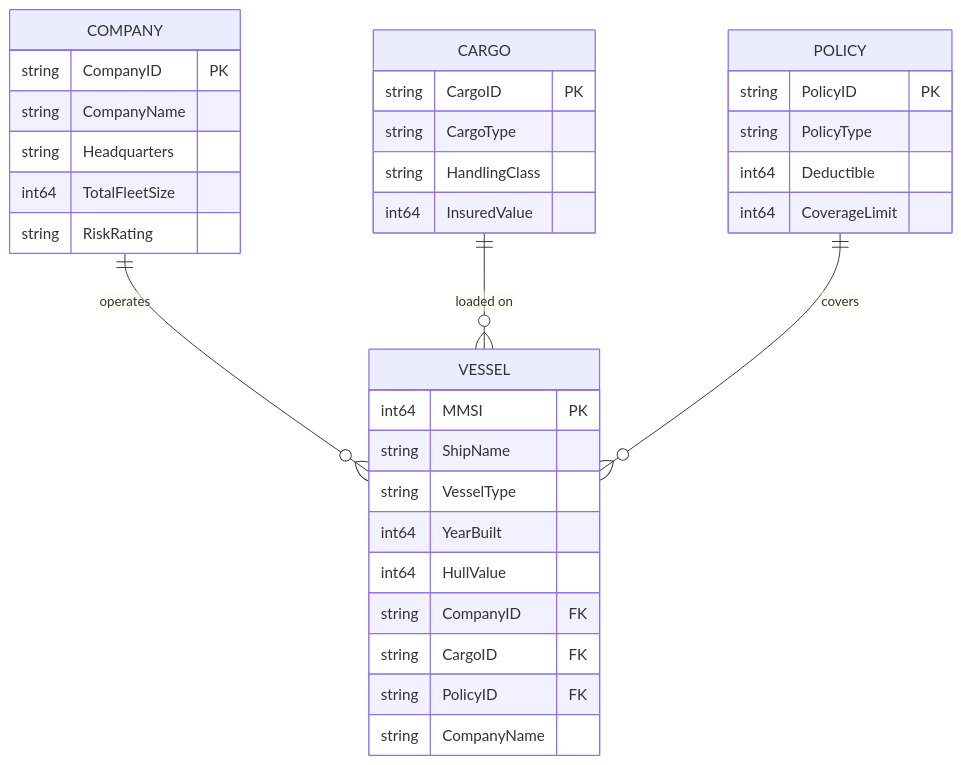
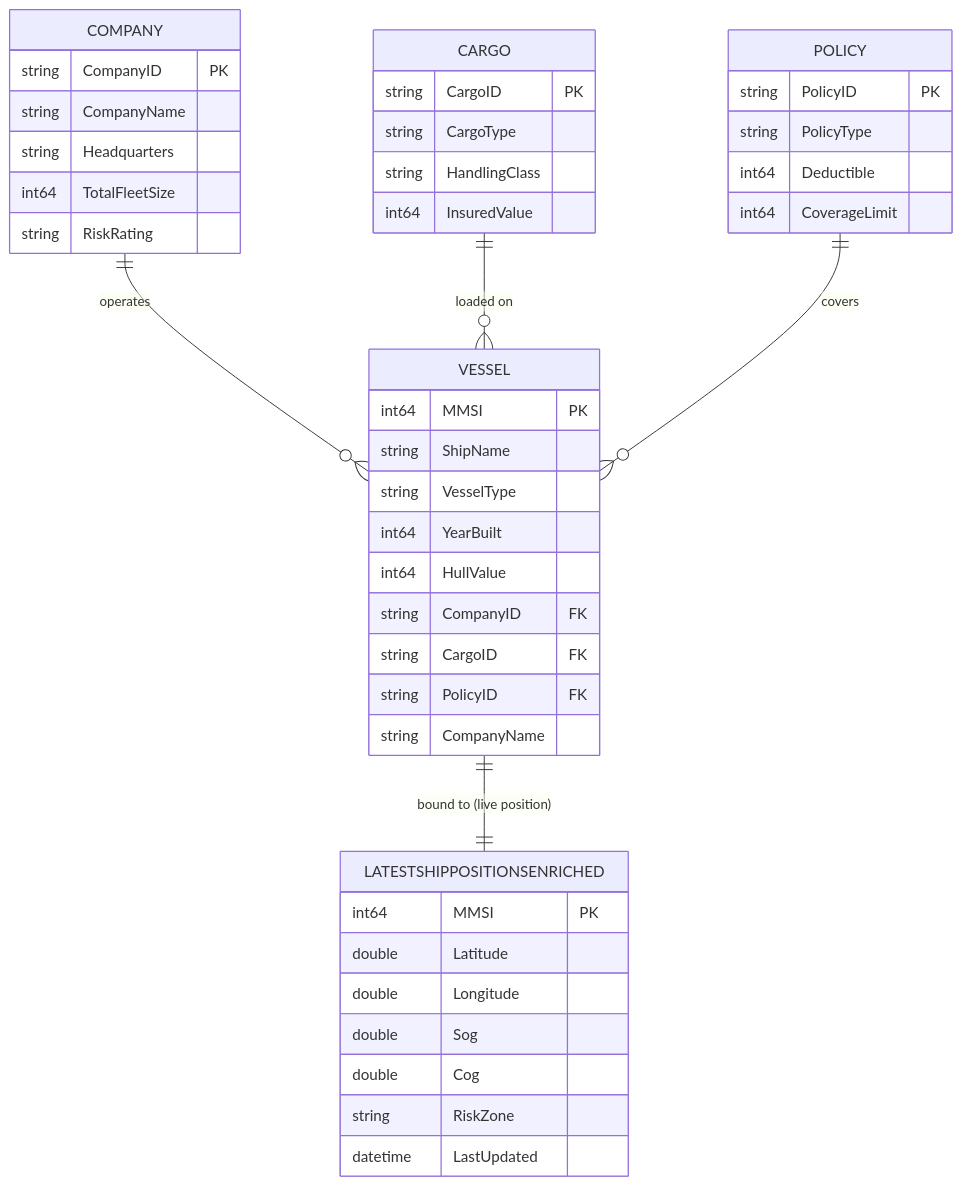
Before and after one commit to dorirabin/fabricdemo: the diagram in README.md, drawn with Mermaid. The commit also changed other lines of this file, not shown here.

Commit message:
Add Eventhouse MV (LatestShipPositionsEnriched) binding to ontology diagram

````diff
--- a/README.md
+++ b/README.md
@@ -29,40 +34,51 @@
 ```mermaid
 erDiagram
     COMPANY ||--o{ VESSEL : "operates"
     CARGO   ||--o{ VESSEL : "loaded on"
     POLICY  ||--o{ VESSEL : "covers"
+    VESSEL  ||--|| LATESTSHIPPOSITIONSENRICHED : "bound to (live position)"
 
     VESSEL {
         int64  MMSI PK
         string ShipName
         string VesselType
         int64  YearBuilt
         int64  HullValue
         string CompanyID FK
         string CargoID FK
         string PolicyID FK
         string CompanyName
     }
 
     COMPANY {
         string CompanyID PK
         string CompanyName
         string Headquarters
         int64  TotalFleetSize
         string RiskRating
     }
 
     CARGO {
         string CargoID PK
         string CargoType
         string HandlingClass
         int64  InsuredValue
     }
 
     POLICY {
         string PolicyID PK
         string PolicyType
         int64  Deductible
         int64  CoverageLimit
     }
+
+    LATESTSHIPPOSITIONSENRICHED {
+        int64    MMSI PK
+        double   Latitude
+        double   Longitude
+        double   Sog
+        double   Cog
+        string   RiskZone
+        datetime LastUpdated
+    }
 ```
````
